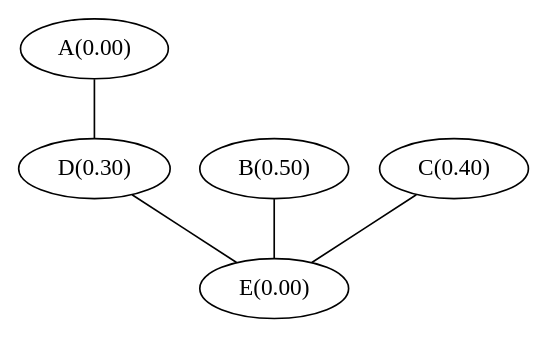
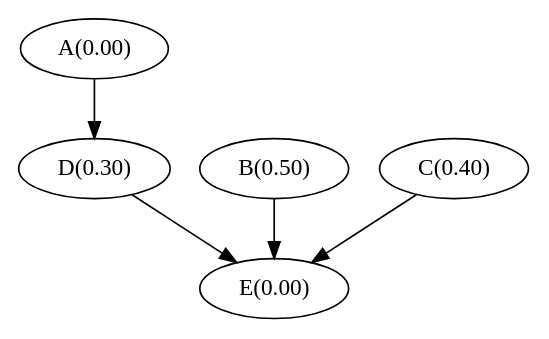
Before and after one commit to rlch/tutero-assignment: the diagram in runner/cases/multiple_intermediate_nodes_at_same_level.dot, drawn with Graphviz. The commit also changed 16 other files, not shown here.

```diff
--- a/runner/cases/multiple_intermediate_nodes_at_same_level.dot
+++ b/runner/cases/multiple_intermediate_nodes_at_same_level.dot
@@ -1,27 +1,27 @@
 
-strict graph multiple_intermediate_nodes_at_same_level {
+strict digraph multiple_intermediate_nodes_at_same_level {
 
 	// Node definitions.
 
 	"A(0.00)";
 
 	"B(0.50)";
 
 	"C(0.40)";
 
 	"D(0.30)";
 
 	"E(0.00)";
 
 
 	// Edge definitions.
 
-	"A(0.00)" -- "D(0.30)";
+	"A(0.00)" -> "D(0.30)";
 
-	"B(0.50)" -- "E(0.00)";
+	"B(0.50)" -> "E(0.00)";
 
-	"C(0.40)" -- "E(0.00)";
+	"C(0.40)" -> "E(0.00)";
 
-	"D(0.30)" -- "E(0.00)";
+	"D(0.30)" -> "E(0.00)";
 
 }
```
